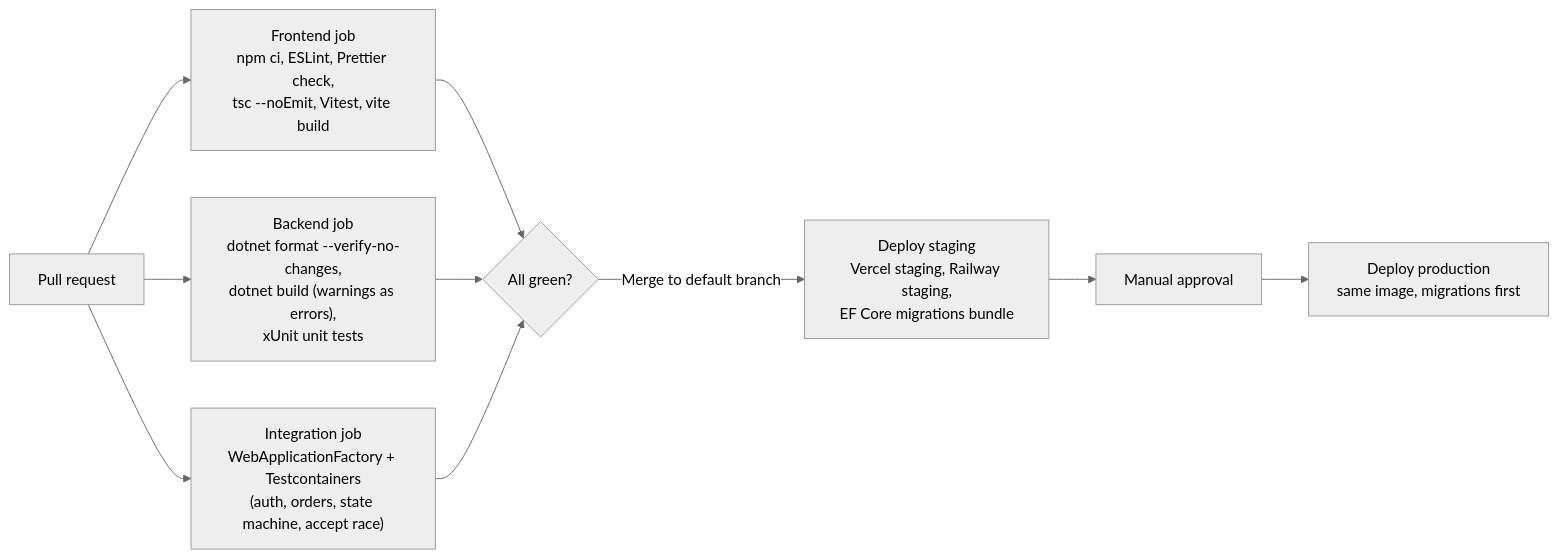
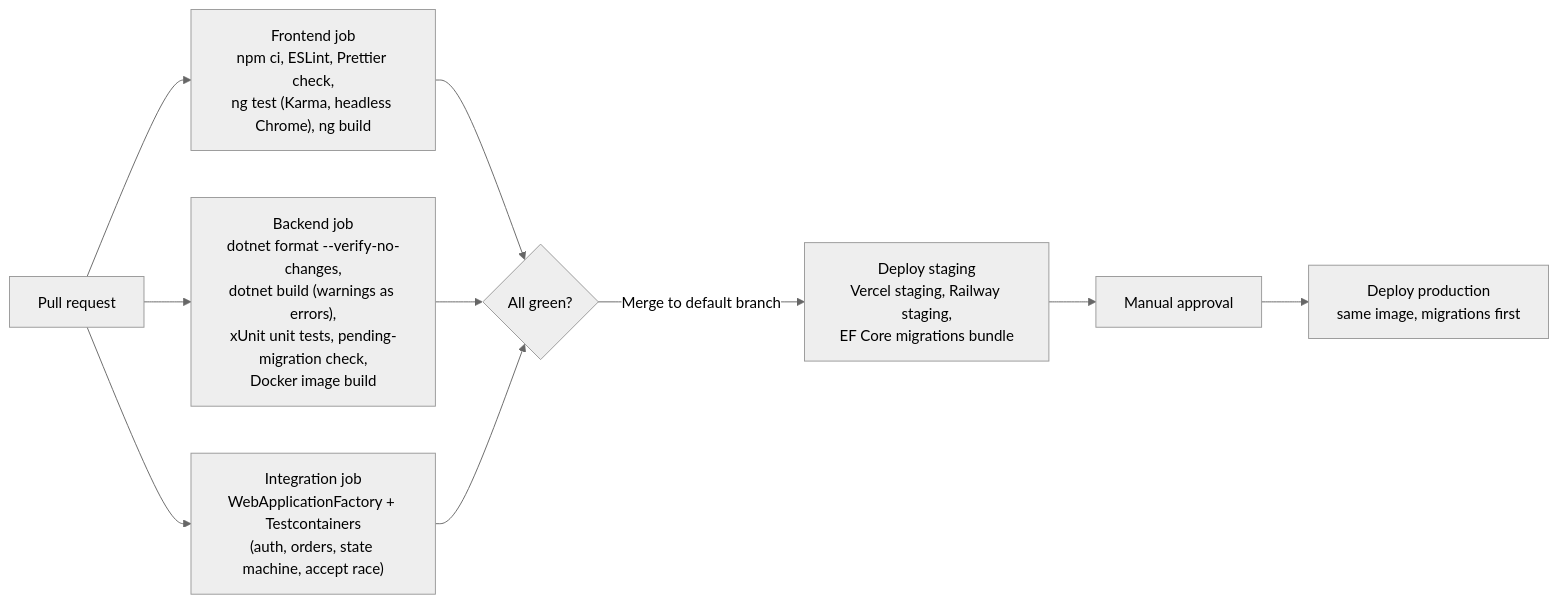
One commit to ranaagowayyed-maker/Home-to-Home changed diagram 11 of 11 in docs/ARCHITECTURE.md. Above: the diagram before and after it, drawn with Mermaid (neutral theme). The commit also changed other lines of this file and 83 other files, not shown here.

````diff
--- a/docs/ARCHITECTURE.md
+++ b/docs/ARCHITECTURE.md
@@ -539,12 +544,12 @@
 ```mermaid
 flowchart LR
-    pr["Pull request"] --> fe["Frontend job<br/>npm ci, ESLint, Prettier check,<br/>tsc --noEmit, Vitest, vite build"]
-    pr --> be["Backend job<br/>dotnet format --verify-no-changes,<br/>dotnet build (warnings as errors),<br/>xUnit unit tests"]
+    pr["Pull request"] --> fe["Frontend job<br/>npm ci, ESLint, Prettier check,<br/>ng test (Karma, headless Chrome), ng build"]
+    pr --> be["Backend job<br/>dotnet format --verify-no-changes,<br/>dotnet build (warnings as errors),<br/>xUnit unit tests, pending-migration check,<br/>Docker image build"]
     pr --> it["Integration job<br/>WebApplicationFactory + Testcontainers<br/>(auth, orders, state machine, accept race)"]
     fe --> gate{"All green?"}
     be --> gate
     it --> gate
     gate -->|"Merge to default branch"| stg["Deploy staging<br/>Vercel staging, Railway staging,<br/>EF Core migrations bundle"]
     stg --> manual["Manual approval"]
     manual --> prod["Deploy production<br/>same image, migrations first"]
 ```
````
